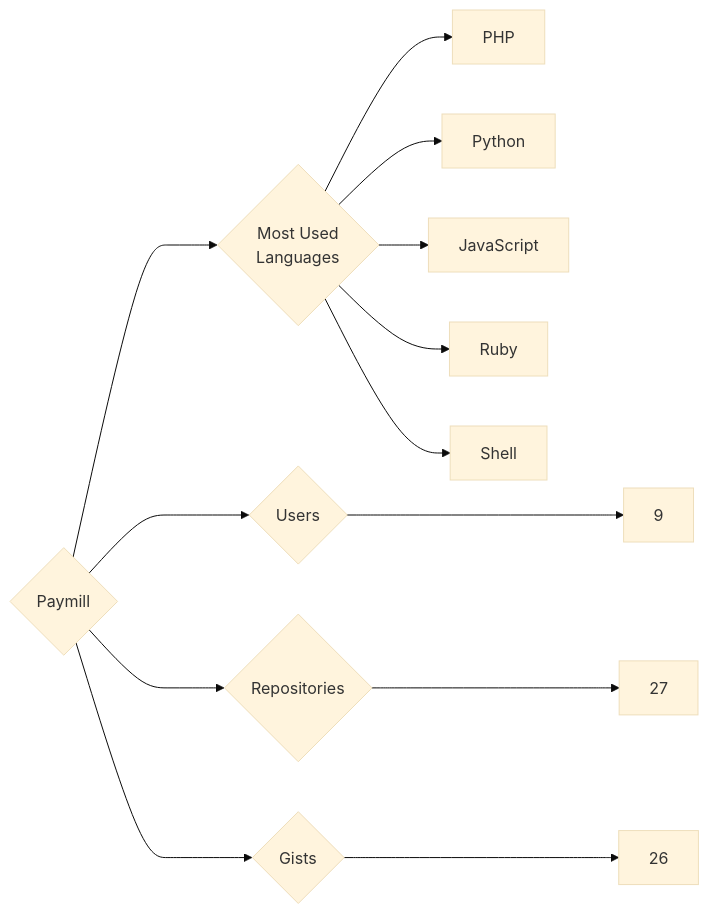
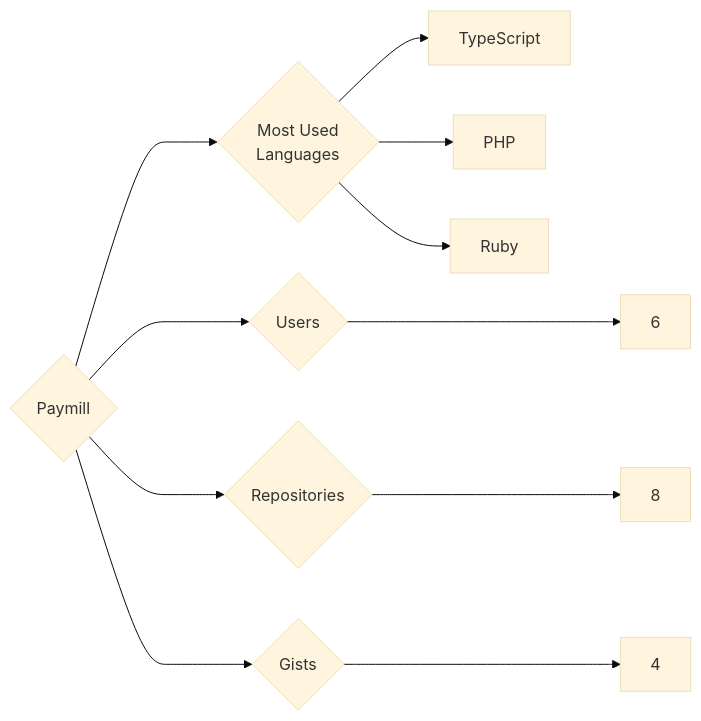
One commit to trickest/insiders changed the diagram in targets/Paymill/README.md. Above: the diagram before and after it, drawn with Mermaid (base theme). The commit also changed 1496 other files, not shown here.

````diff
--- a/targets/Paymill/README.md
+++ b/targets/Paymill/README.md
@@ -3,13 +3,11 @@
 ```mermaid
 graph LR
 COMPANY_NAME{Paymill}
-COMPANY_NAME ---> U{Users} ---> UN[9]
-COMPANY_NAME ---> R{Repositories} ---> RN[27]
-COMPANY_NAME ---> G{Gists} ---> GN[26]
+COMPANY_NAME ---> U{Users} ---> UN[6]
+COMPANY_NAME ---> R{Repositories} ---> RN[8]
+COMPANY_NAME ---> G{Gists} ---> GN[4]
 COMPANY_NAME ---> ML{Most Used<br>Languages}
+ML --> TypeScript[TypeScript]
 ML --> PHP[PHP]
-ML --> Python[Python]
-ML --> JavaScript[JavaScript]
 ML --> Ruby[Ruby]
-ML --> Shell[Shell]
 ```
````
